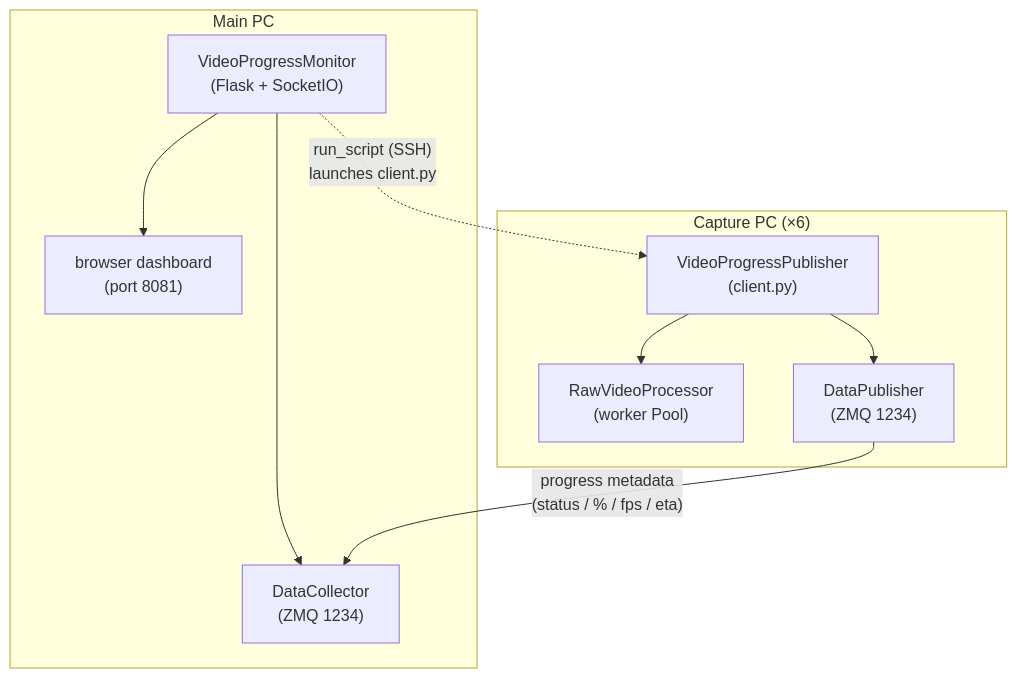
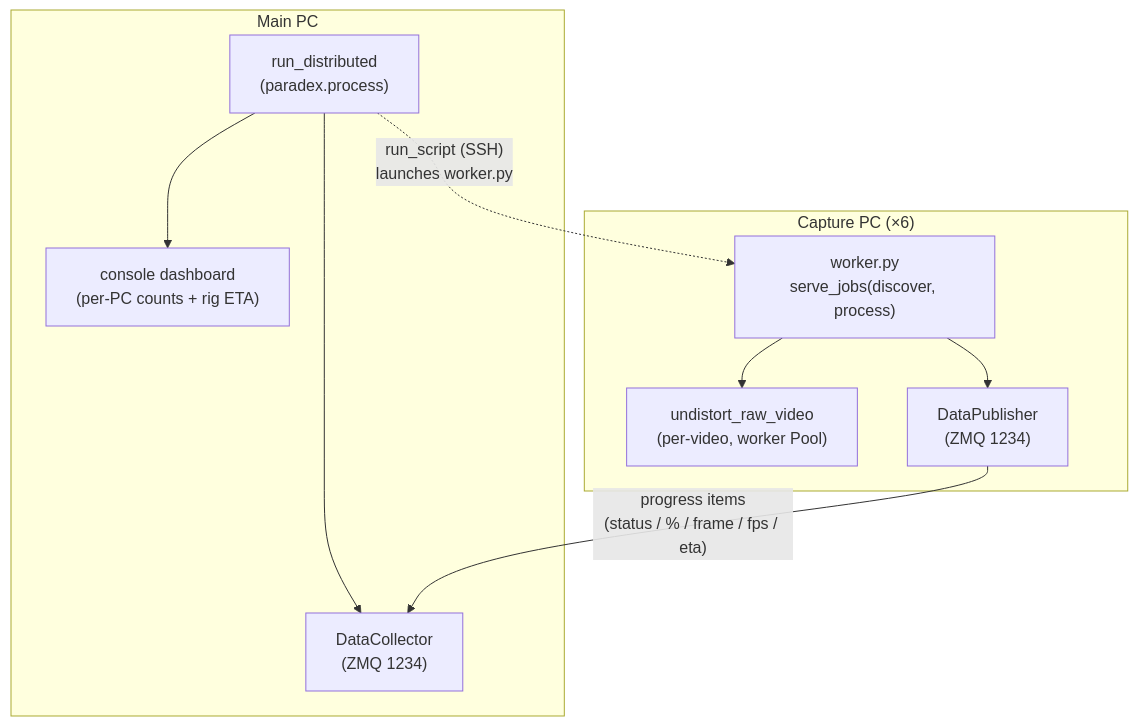
Before and after one commit to willi19/paradex: the third of 4 diagrams in docs/process.md, drawn with Mermaid. The commit also changed other lines of this file and 206 other files, not shown here.

````diff
--- a/docs/process.md
+++ b/docs/process.md
@@ -102,13 +103,13 @@
 ```{mermaid}
 flowchart TB
     subgraph Main["Main PC"]
-      MON["VideoProgressMonitor<br/>(Flask + SocketIO)"] --> COL["DataCollector<br/>(ZMQ 1234)"]
-      MON --> WEB["browser dashboard<br/>(port 8081)"]
+      RD["run_distributed<br/>(paradex.process)"] --> COL["DataCollector<br/>(ZMQ 1234)"]
+      RD --> DASH["console dashboard<br/>(per-PC counts + rig ETA)"]
     end
     subgraph Cap["Capture PC (×6)"]
-      PUB["VideoProgressPublisher<br/>(client.py)"] --> RVP["RawVideoProcessor<br/>(worker Pool)"]
-      PUB --> DP["DataPublisher<br/>(ZMQ 1234)"]
+      W["worker.py<br/>serve_jobs(discover, process)"] --> URV["undistort_raw_video<br/>(per-video, worker Pool)"]
+      W --> DP["DataPublisher<br/>(ZMQ 1234)"]
     end
-    MON -. "run_script (SSH)<br/>launches client.py" .-> PUB
-    DP -- "progress metadata<br/>(status / % / fps / eta)" --> COL
+    RD -. "run_script (SSH)<br/>launches worker.py" .-> W
+    DP -- "progress items<br/>(status / % / frame / fps / eta)" --> COL
 ```
````
